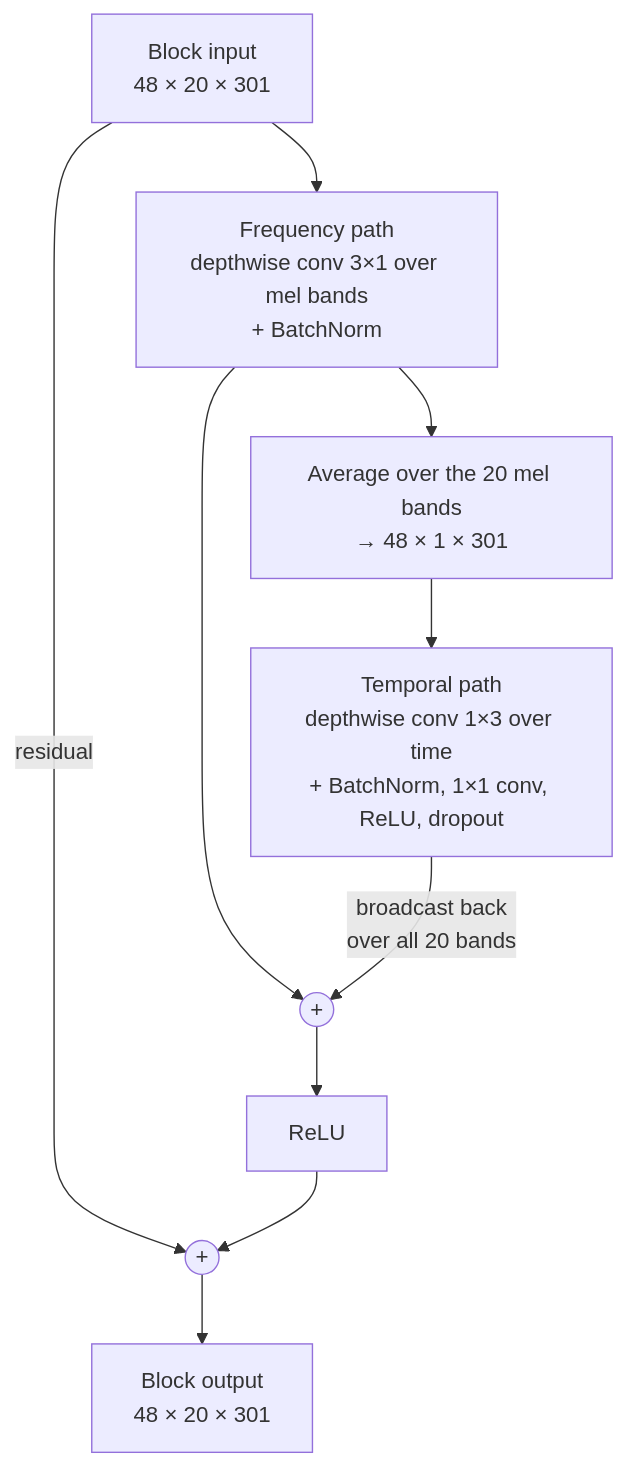
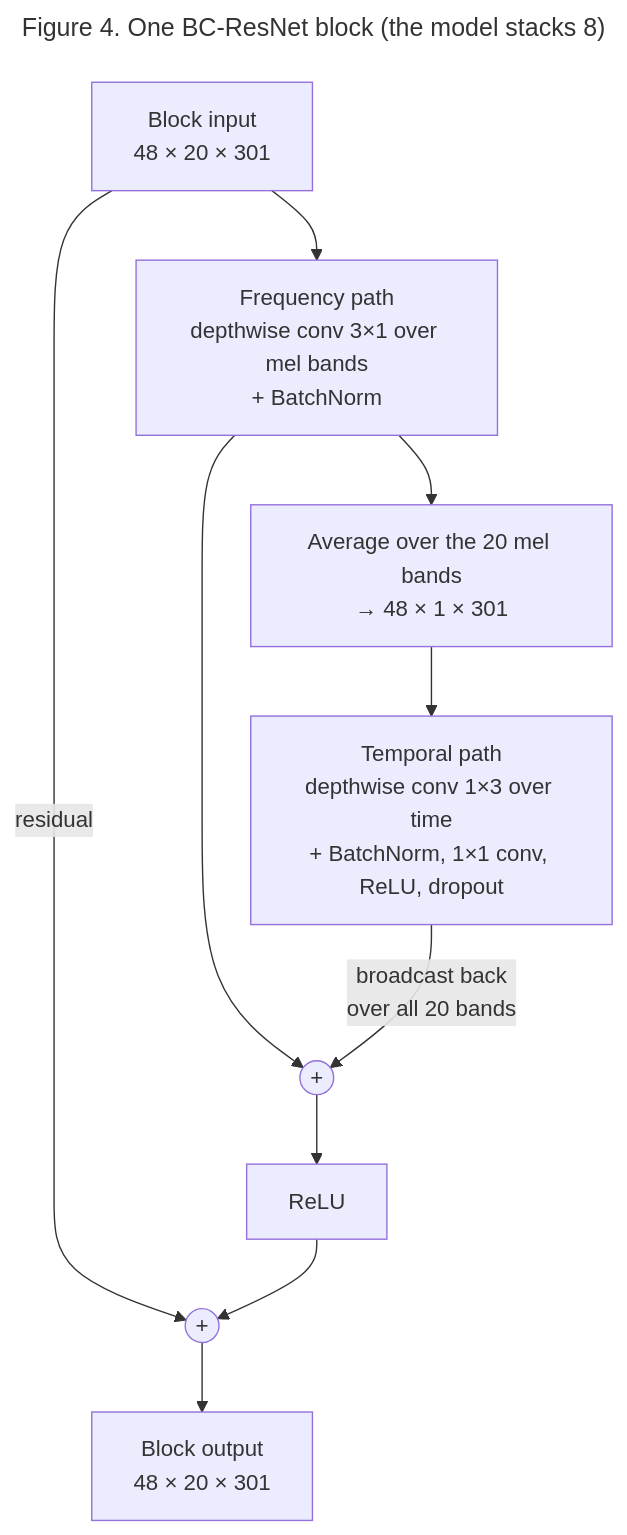
The third of 4 diagrams in docs/MODEL.md (quielq/quielq-vcm), drawn with Mermaid before and after one commit. The commit also changed other lines of this file, not shown here.

Commit message:
MODEL.md: figure titles and short summaries for each diagram

````diff
--- a/docs/MODEL.md
+++ b/docs/MODEL.md
@@ -193,11 +222,14 @@
 ```mermaid
+---
+title: Figure 4. One BC-ResNet block (the model stacks 8)
+---
 flowchart TB
     X["Block input<br/>48 × 20 × 301"] --> FP["Frequency path<br/>depthwise conv 3×1 over mel bands<br/>+ BatchNorm"]
     FP --> AVG["Average over the 20 mel bands<br/>→ 48 × 1 × 301"]
     AVG --> TP["Temporal path<br/>depthwise conv 1×3 over time<br/>+ BatchNorm, 1×1 conv, ReLU, dropout"]
     FP --> ADD(("+"))
     TP -->|"broadcast back<br/>over all 20 bands"| ADD
     X -->|"residual"| ADD2(("+"))
     ADD --> R["ReLU"] --> ADD2
     ADD2 --> OUT["Block output<br/>48 × 20 × 301"]
 ```
````
